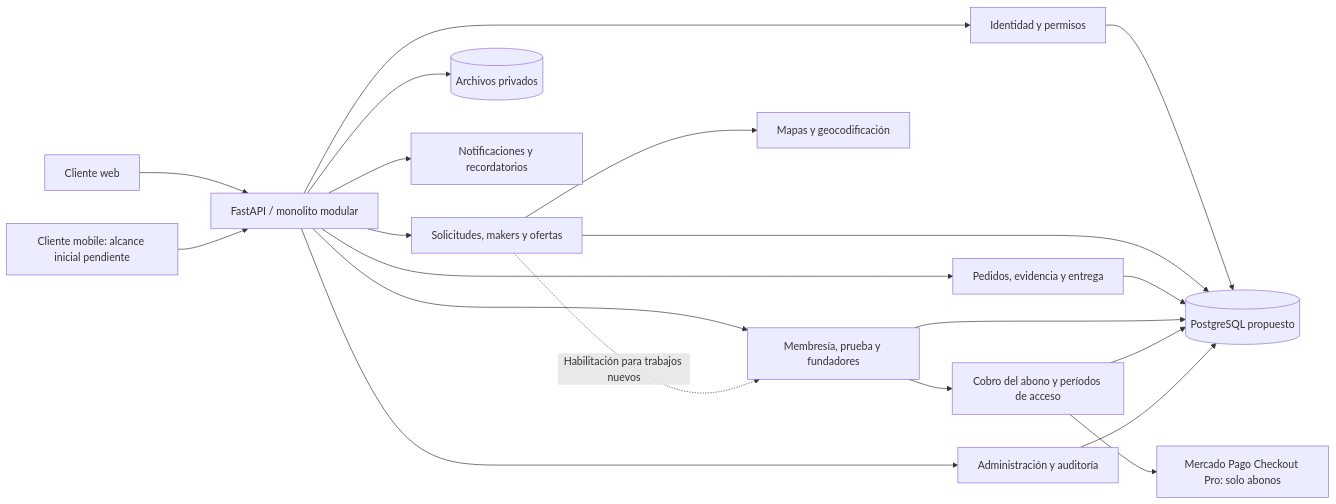
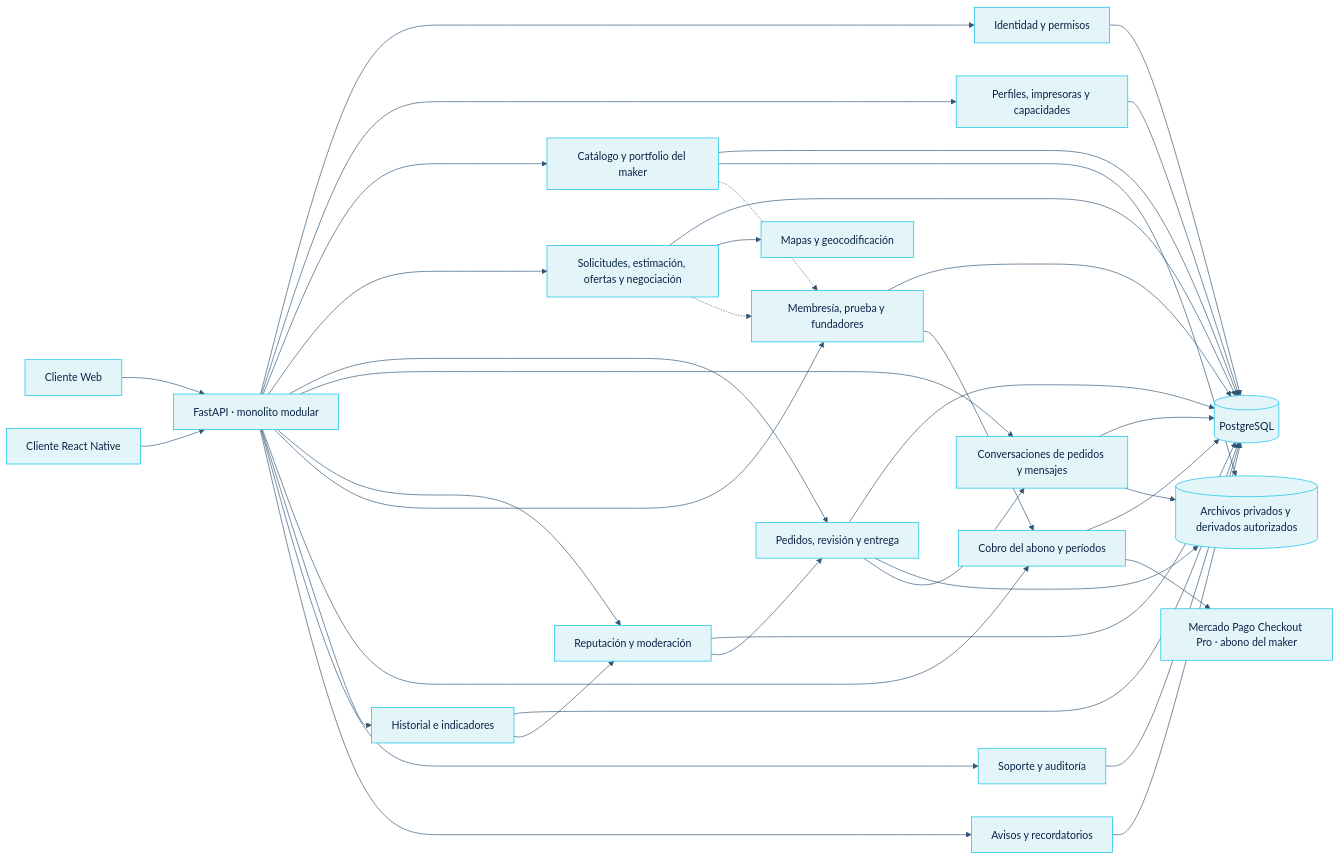
Before and after one commit to chill0101/3daltoque-docs: the third of 4 diagrams in src/content/docs/modelado/diagramas.md, drawn with Mermaid. The commit also changed other lines of this file and 145 other files, not shown here.

````diff
--- a/src/content/docs/modelado/diagramas.md
+++ b/src/content/docs/modelado/diagramas.md
@@ -245,37 +223,60 @@
 ```mermaid
+%%{init: {"theme":"base","themeVariables":{"primaryColor":"#E4F5FA","primaryTextColor":"#082345","primaryBorderColor":"#00BFE5","lineColor":"#315574","secondaryColor":"#F5F8FC","tertiaryColor":"#FFFFFF","fontFamily":"Manrope, sans-serif"},"flowchart":{"htmlLabels":false},"class":{"htmlLabels":false}}}%%
 flowchart LR
-  WEB["Cliente web"]
-  MOBILE["Cliente mobile: alcance inicial pendiente"]
-  API["FastAPI / monolito modular"]
+  WEB["Cliente Web"]
+  MOBILE["Cliente React Native"]
+  API["FastAPI · monolito modular"]
+  DB[("PostgreSQL")]
+  FILES[("Archivos privados y derivados autorizados")]
+  MP["Mercado Pago Checkout Pro · abono del maker"]
+  MAPS["Mapas y geocodificación"]
   AUTH["Identidad y permisos"]
-  MARKET["Solicitudes, makers y ofertas"]
-  ORDERS["Pedidos, evidencia y entrega"]
+  PROFILE["Perfiles, impresoras y capacidades"]
+  CAT["Catálogo y portfolio del maker"]
+  MARKET["Solicitudes, estimación, ofertas y negociación"]
+  ORDERS["Pedidos, revisión y entrega"]
+  CHAT["Conversaciones de pedidos y mensajes"]
+  REPUTATION["Reputación y moderación"]
   MEMBERS["Membresía, prueba y fundadores"]
-  BILLING["Cobro del abono y períodos de acceso"]
-  ADMIN["Administración y auditoría"]
-  DB[("PostgreSQL propuesto")]
-  FILES[("Archivos privados")]
-  MP["Mercado Pago Checkout Pro: solo abonos"]
-  MAPS["Mapas y geocodificación"]
-  NOTIFY["Notificaciones y recordatorios"]
+  BILLING["Cobro del abono y períodos"]
+  REPORTS["Historial e indicadores"]
+  ADMIN["Soporte y auditoría"]
+  NOTIFY["Avisos y recordatorios"]
   WEB --> API
   MOBILE --> API
   API --> AUTH
+  AUTH --> DB
+  API --> PROFILE
+  PROFILE --> DB
+  API --> CAT
+  CAT --> DB
   API --> MARKET
+  MARKET --> DB
   API --> ORDERS
+  ORDERS --> DB
+  API --> CHAT
+  CHAT --> DB
+  API --> REPUTATION
+  REPUTATION --> DB
   API --> MEMBERS
+  MEMBERS --> DB
+  API --> BILLING
+  BILLING --> DB
+  API --> REPORTS
+  REPORTS --> DB
+  API --> ADMIN
+  ADMIN --> DB
+  API --> NOTIFY
+  NOTIFY --> DB
+  CAT --> FILES
+  ORDERS --> FILES
+  CHAT --> FILES
+  MARKET --> MAPS
+  BILLING --> MP
   MEMBERS --> BILLING
-  API --> ADMIN
-  AUTH --> DB
-  MARKET --> DB
-  ORDERS --> DB
-  MEMBERS --> DB
-  BILLING --> DB
-  ADMIN --> DB
-  API --> FILES
-  BILLING --> MP
-  MARKET --> MAPS
-  MARKET -.->|"Habilitación para trabajos nuevos"| MEMBERS
-  API --> NOTIFY
-
+  CAT -.-> MEMBERS
+  MARKET -.-> MEMBERS
+  ORDERS --> CHAT
+  REPUTATION --> ORDERS
+  REPORTS --> REPUTATION
 ```
````
